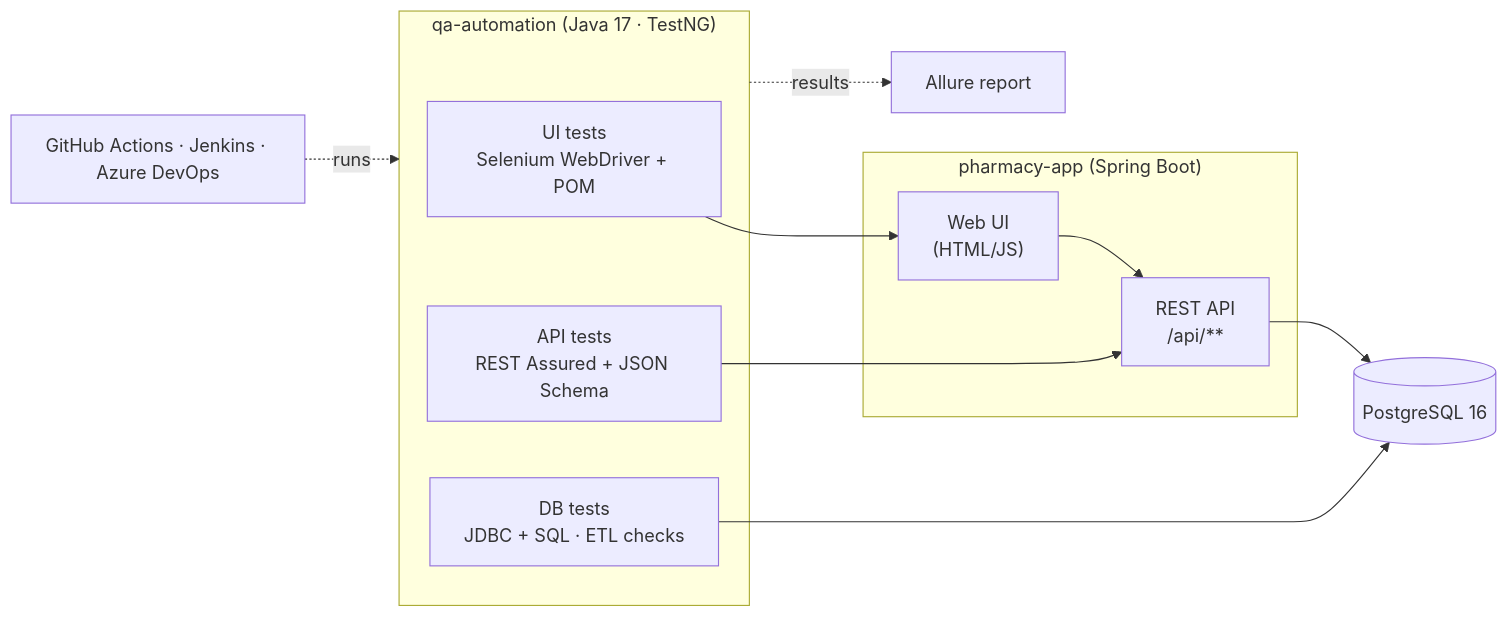
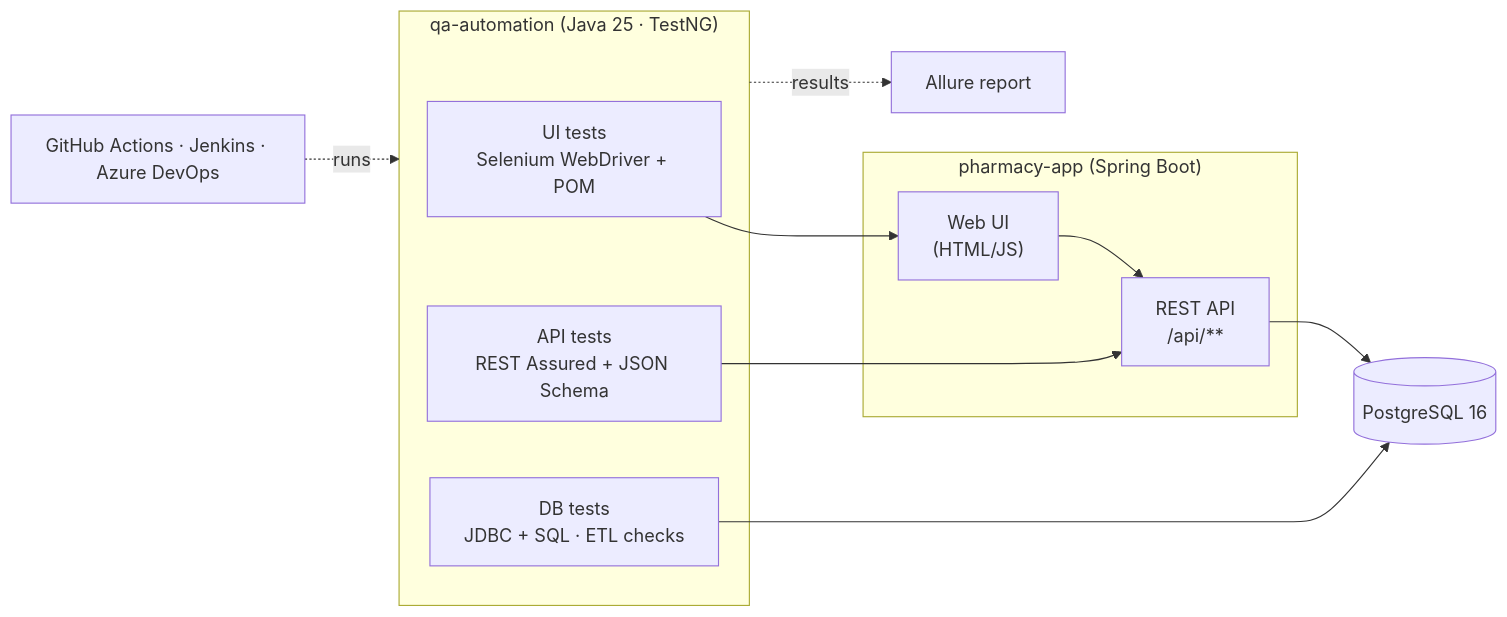
Before and after one commit to mdjubairbokht/pharmacy-qa-automation: the diagram in README.md, drawn with Mermaid. The commit also changed other lines of this file and 4 other files, not shown here.

````diff
--- a/README.md
+++ b/README.md
@@ -60,19 +60,19 @@
 ```mermaid
 flowchart LR
-    subgraph QA["qa-automation (Java 17 · TestNG)"]
+    subgraph QA["qa-automation (Java 25 · TestNG)"]
         UI["UI tests<br/>Selenium WebDriver + POM"]
         API["API tests<br/>REST Assured + JSON Schema"]
         DB["DB tests<br/>JDBC + SQL · ETL checks"]
     end
     subgraph SUT["pharmacy-app (Spring Boot)"]
         WEB["Web UI<br/>(HTML/JS)"]
         REST["REST API<br/>/api/**"]
     end
     PG[("PostgreSQL 16")]
     UI --> WEB --> REST
     API --> REST
     REST --> PG
     DB --> PG
     CI["GitHub Actions · Jenkins · Azure DevOps"] -. runs .-> QA
     QA -. results .-> ALLURE["Allure report"]
 ```
````
